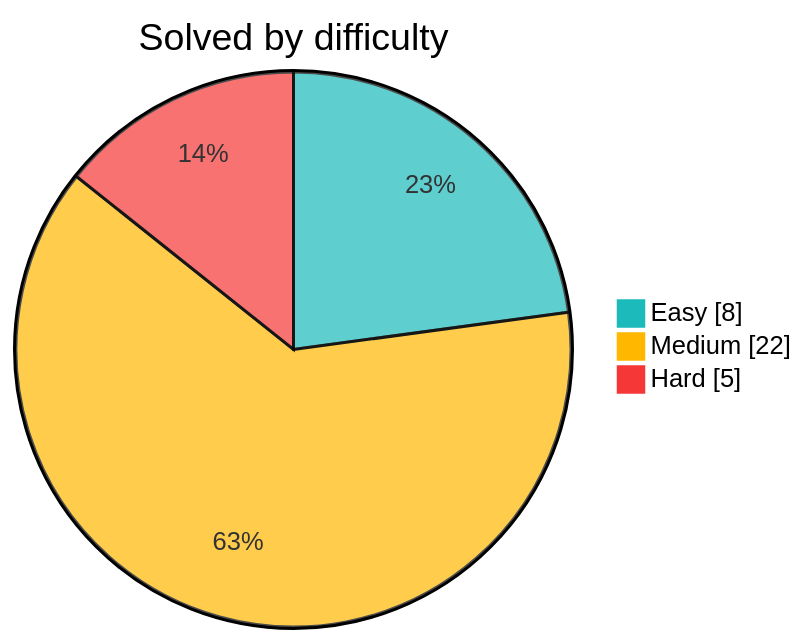
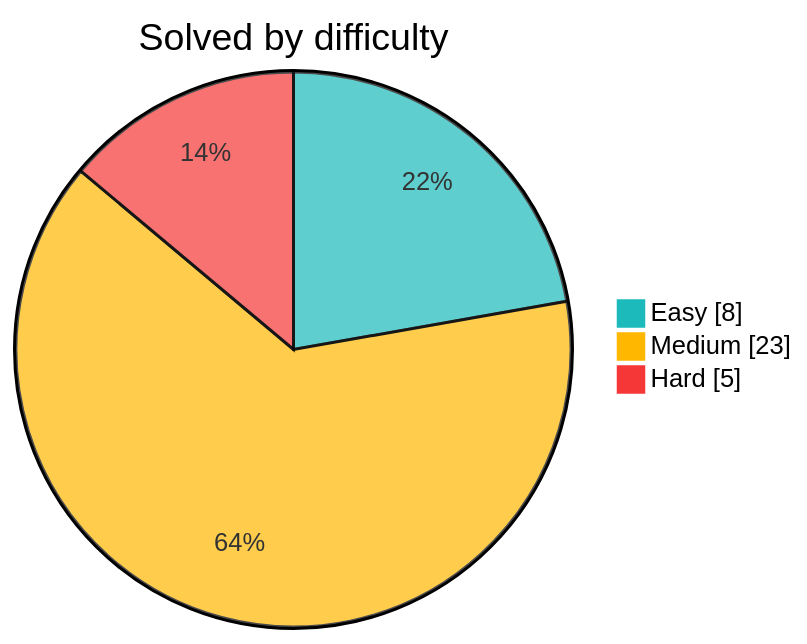
The diagram in README.md (Sekler09/algorithms), drawn with Mermaid before and after one commit. The commit also changed other lines of this file and 3 other files, not shown here.

````diff
--- a/README.md
+++ b/README.md
@@ -9,8 +9,8 @@
 ```mermaid
 %%{init: {"themeVariables": {"pie1": "#1cbaba", "pie2": "#ffb700", "pie3": "#f63737"}}}%%
 pie showData
     title Solved by difficulty
     "Easy" : 8
-    "Medium" : 22
+    "Medium" : 23
     "Hard" : 5
 ```
````
